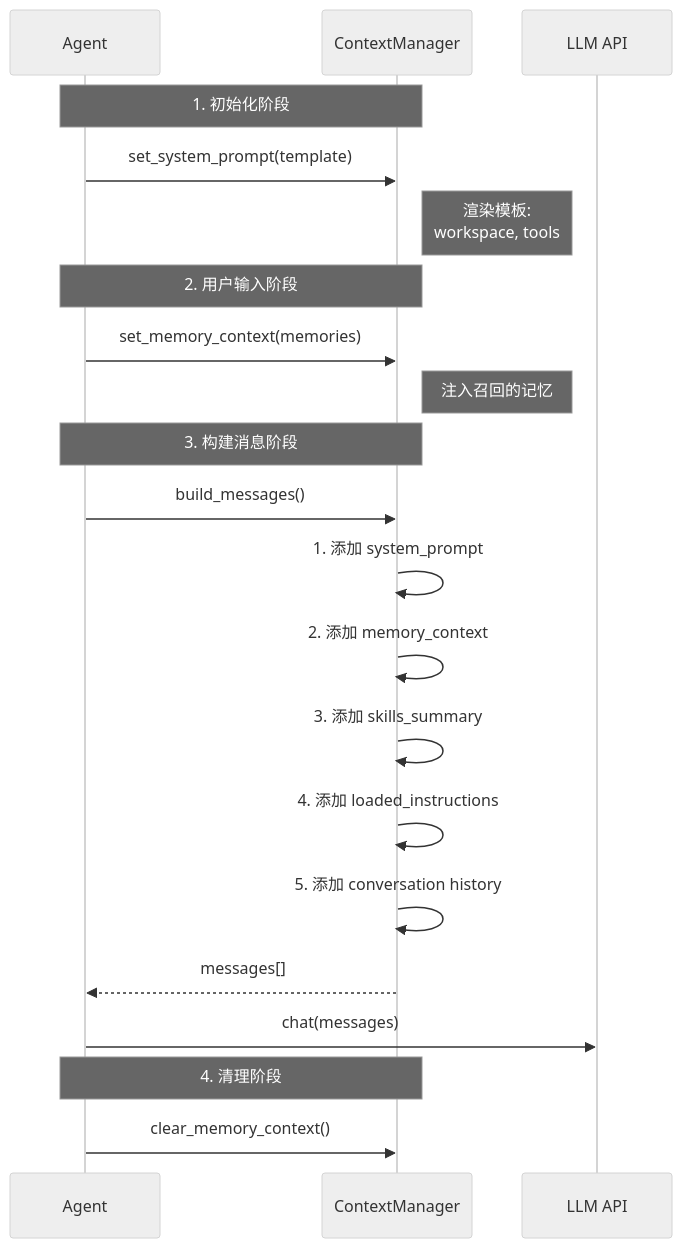
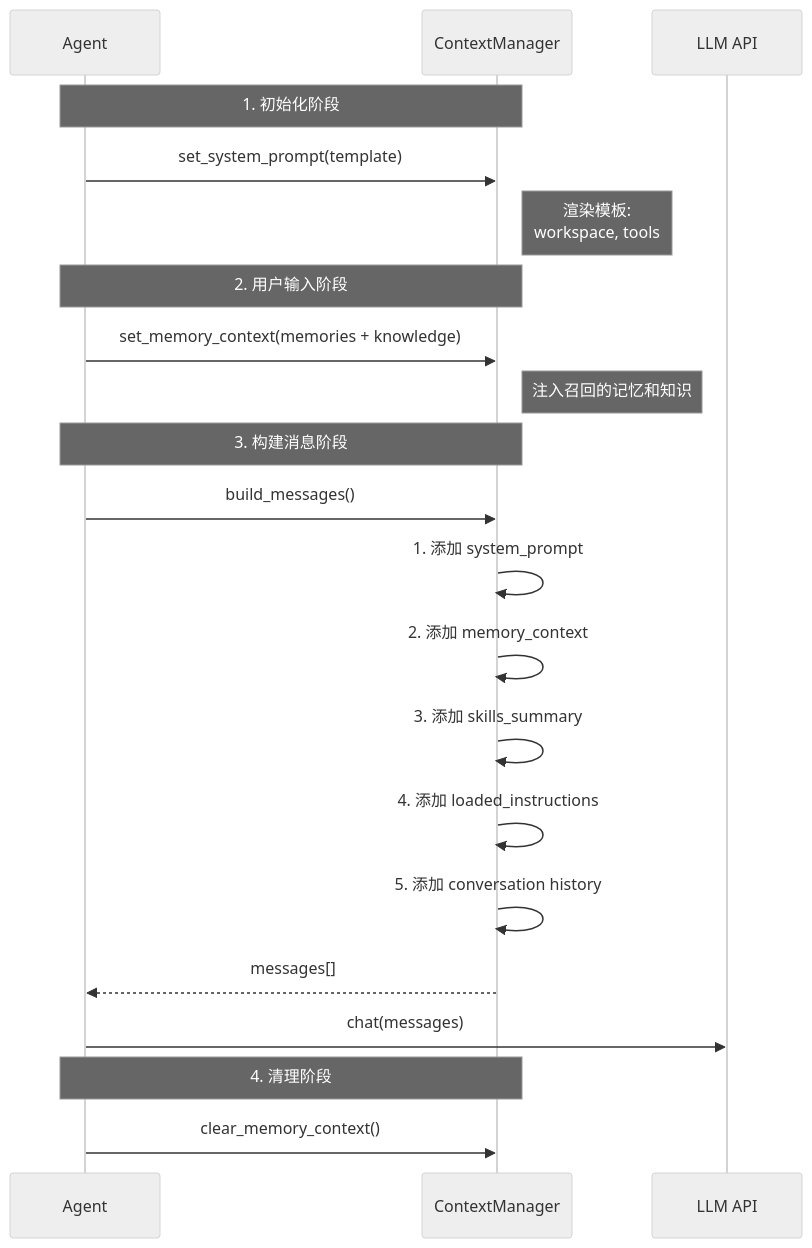
The tenth of 15 diagrams in docs/memory_system.md (Zeppelinpp/OmniEmployee), drawn with Mermaid (neutral theme) before and after one commit. The commit also changed other lines of this file and 8 other files, not shown here.

First line of the commit message:
refactor: enhance memory system documentation and user management features

````diff
--- a/docs/memory_system.md
+++ b/docs/memory_system.md
@@ -468,28 +439,23 @@
 ```mermaid
 sequenceDiagram
-    participant Agent as Agent
-    participant CM as ContextManager
-    participant LLM as LLM API
-    
-    Note over Agent,CM: 1. 初始化阶段
-    Agent->>CM: set_system_prompt(template)
-    Note right of CM: 渲染模板:<br/>workspace, tools
-    
-    Note over Agent,CM: 2. 用户输入阶段
-    Agent->>CM: set_memory_context(memories)
-    Note right of CM: 注入召回的记忆
-    
-    Note over Agent,CM: 3. 构建消息阶段
-    Agent->>CM: build_messages()
-    CM->>CM: 1. 添加 system_prompt
-    CM->>CM: 2. 添加 memory_context
-    CM->>CM: 3. 添加 skills_summary
-    CM->>CM: 4. 添加 loaded_instructions
-    CM->>CM: 5. 添加 conversation history
-    CM-->>Agent: messages[]
-    
-    Agent->>LLM: chat(messages)
-    
-    Note over Agent,CM: 4. 清理阶段
-    Agent->>CM: clear_memory_context()
+  participant Agent as Agent
+  participant CM as ContextManager
+  participant LLM as LLM API
+  Note over Agent,CM: 1. 初始化阶段
+  Agent->>CM: set_system_prompt(template)
+  Note right of CM: 渲染模板:<br/>workspace, tools
+  Note over Agent,CM: 2. 用户输入阶段
+  Agent->>CM: set_memory_context(memories + knowledge)
+  Note right of CM: 注入召回的记忆和知识
+  Note over Agent,CM: 3. 构建消息阶段
+  Agent->>CM: build_messages()
+  CM->>CM: 1. 添加 system_prompt
+  CM->>CM: 2. 添加 memory_context
+  CM->>CM: 3. 添加 skills_summary
+  CM->>CM: 4. 添加 loaded_instructions
+  CM->>CM: 5. 添加 conversation history
+  CM-->>Agent: messages[]
+  Agent->>LLM: chat(messages)
+  Note over Agent,CM: 4. 清理阶段
+  Agent->>CM: clear_memory_context()
 ```
````
